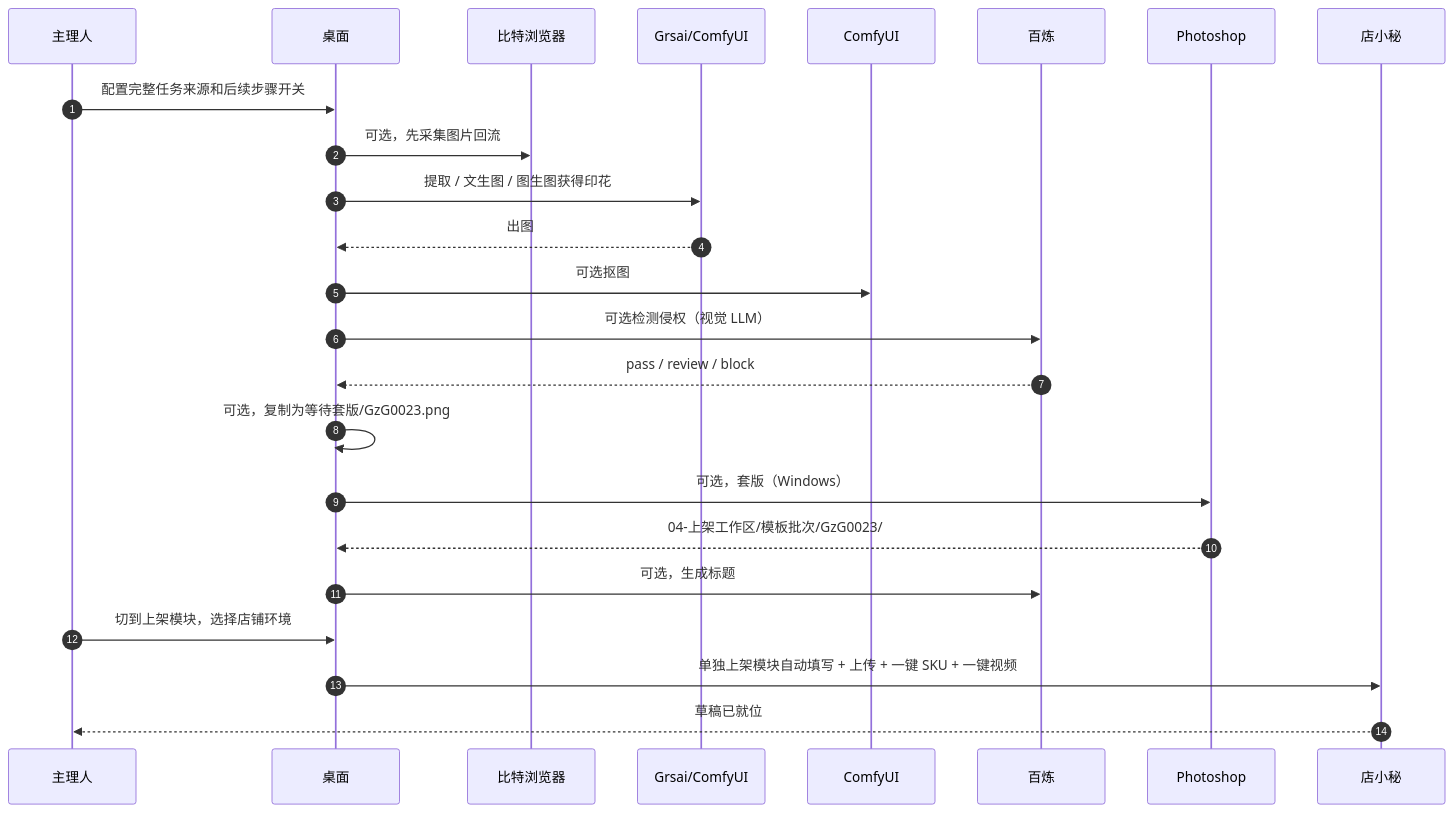
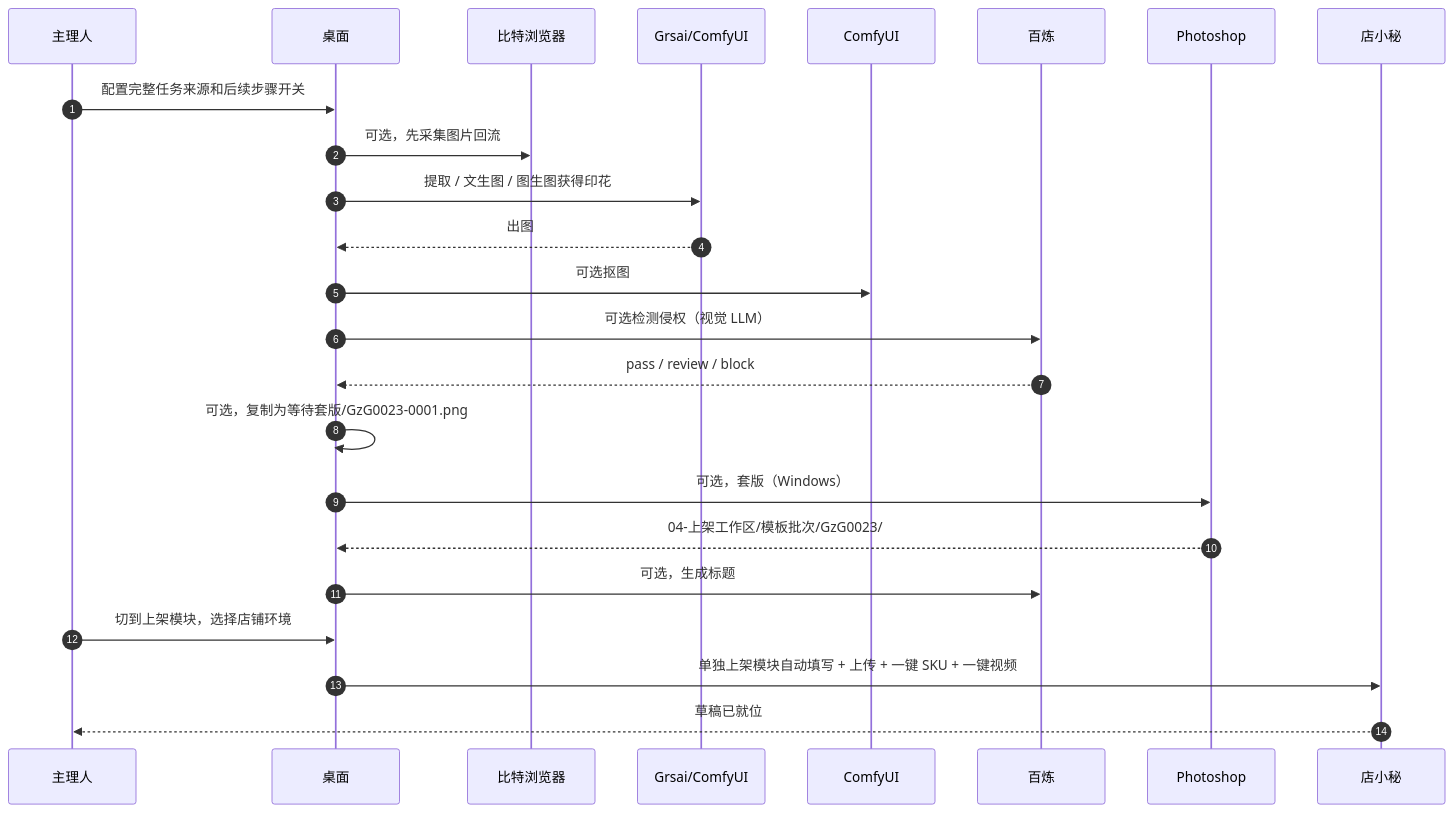
The second of 4 diagrams in docs/PROJECT_TOUR.md (axgiroud312-byte/tengyu-aipod), drawn with Mermaid before and after one commit. The commit also changed other lines of this file and 13 other files, not shown here.

````diff
--- a/docs/PROJECT_TOUR.md
+++ b/docs/PROJECT_TOUR.md
@@ -84,18 +84,18 @@
 ```mermaid
 sequenceDiagram
     autonumber
     主理人->>桌面: 配置完整任务来源和后续步骤开关
     桌面->>比特浏览器: 可选，先采集图片回流
     桌面->>Grsai/ComfyUI: 提取 / 文生图 / 图生图获得印花
     Grsai/ComfyUI-->>桌面: 出图
     桌面->>ComfyUI: 可选抠图
     桌面->>百炼: 可选检测侵权（视觉 LLM）
     百炼-->>桌面: pass / review / block
-    桌面->>桌面: 可选，复制为等待套版/GzG0023.png
+    桌面->>桌面: 可选，复制为等待套版/GzG0023-0001.png
     桌面->>Photoshop: 可选，套版（Windows）
     Photoshop-->>桌面: 04-上架工作区/模板批次/GzG0023/
     桌面->>百炼: 可选，生成标题
     主理人->>桌面: 切到上架模块，选择店铺环境
     桌面->>店小秘: 单独上架模块自动填写 + 上传 + 一键 SKU + 一键视频
     店小秘-->>主理人: 草稿已就位
 ```
````
